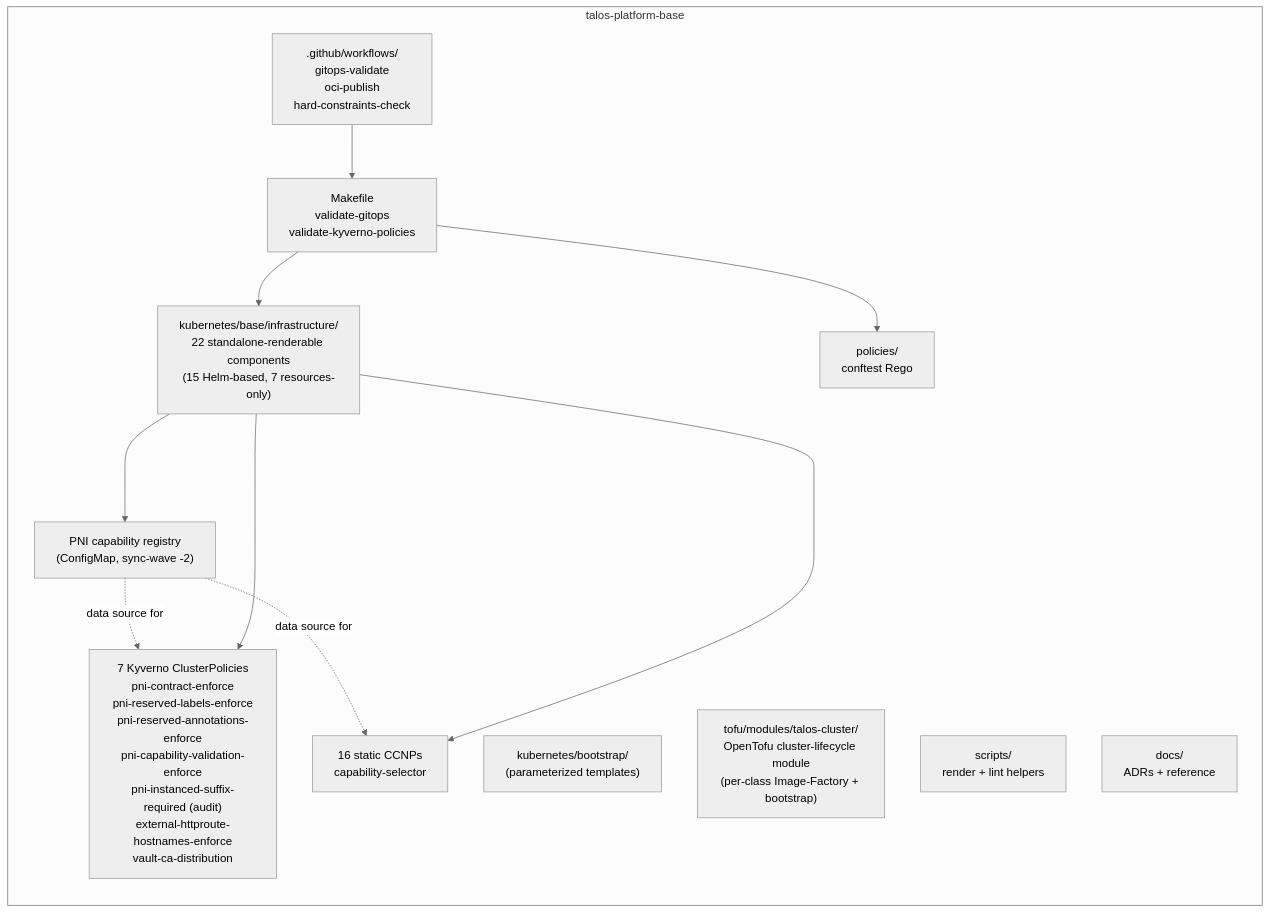
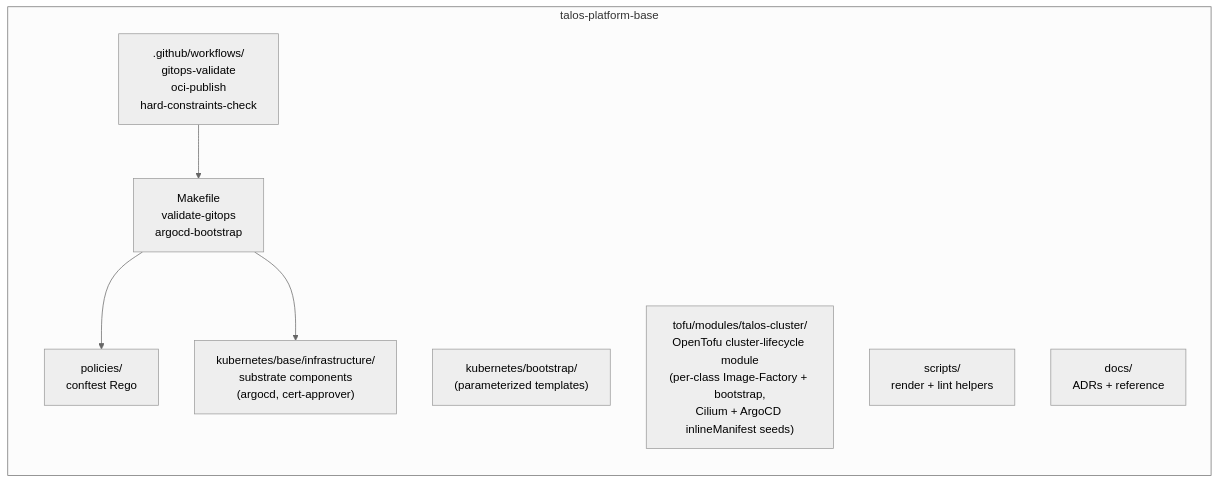
One commit to Nosmoht/talos-platform-base changed the second of 3 diagrams in ARCHITECTURE.md. Above: the diagram before and after it, drawn with Mermaid. The commit also changed other lines of this file and 208 other files, not shown here.

````diff
--- a/ARCHITECTURE.md
+++ b/ARCHITECTURE.md
@@ -146,27 +141,19 @@
 ```mermaid
 %%{init: { "theme": "neutral" } }%%
 flowchart LR
   subgraph Base["talos-platform-base"]
     direction TB
-    Make[Makefile<br/>validate-gitops<br/>validate-kyverno-policies]
+    Make[Makefile<br/>validate-gitops<br/>argocd-bootstrap]
     Boot["kubernetes/bootstrap/<br/>(parameterized templates)"]
-    Infra["kubernetes/base/infrastructure/<br/>22 standalone-renderable components<br/>(15 Helm-based, 7 resources-only)"]
-    Talos["tofu/modules/talos-cluster/<br/>OpenTofu cluster-lifecycle module<br/>(per-class Image-Factory + bootstrap)"]
+    Infra["kubernetes/base/infrastructure/<br/>substrate components<br/>(argocd, cert-approver)"]
+    Talos["tofu/modules/talos-cluster/<br/>OpenTofu cluster-lifecycle module<br/>(per-class Image-Factory + bootstrap,<br/>Cilium + ArgoCD inlineManifest seeds)"]
     Pol["policies/<br/>conftest Rego"]
     Scripts["scripts/<br/>render + lint helpers"]
     Docs["docs/<br/>ADRs + reference"]
     CI[".github/workflows/<br/>gitops-validate<br/>oci-publish<br/>hard-constraints-check"]
-    Reg["PNI capability registry<br/>(ConfigMap, sync-wave -2)"]
-    Pol2["7 Kyverno ClusterPolicies<br/>pni-contract-enforce<br/>pni-reserved-labels-enforce<br/>pni-reserved-annotations-enforce<br/>pni-capability-validation-enforce<br/>pni-instanced-suffix-required (audit)<br/>external-httproute-hostnames-enforce<br/>vault-ca-distribution"]
-    CCNP["16 static CCNPs<br/>capability-selector"]
 
-    Reg -.->|"data source for"| Pol2
-    Reg -.->|"data source for"| CCNP
-    Infra ---> Reg
-    Infra ---> Pol2
-    Infra ---> CCNP
     Make --> Pol
     Make --> Infra
     CI --> Make
   end
 ```
````
